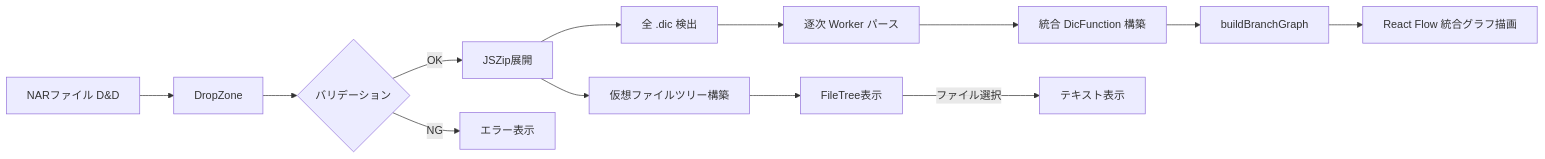
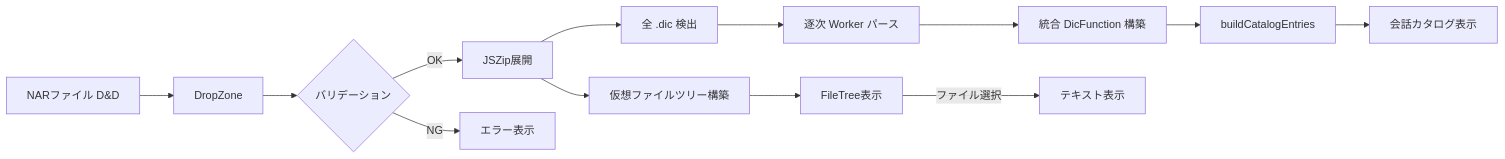
One commit to ivgtr/ghost-viewer changed the diagram in .docs/ARCHITECTURE.md. Above: the diagram before and after it, drawn with Mermaid. The commit also changed other lines of this file and 1 other file, not shown here.

First line of the commit message:
docs: update architecture and roadmap for catalog replacement

````diff
--- a/.docs/ARCHITECTURE.md
+++ b/.docs/ARCHITECTURE.md
@@ -107,15 +105,15 @@
 ```mermaid
 flowchart LR
     A[NARファイル D&D] --> B[DropZone]
     B --> C{バリデーション}
     C -->|OK| D[JSZip展開]
     C -->|NG| E[エラー表示]
     D --> F[仮想ファイルツリー構築]
     F --> G[FileTree表示]
     D --> H[全 .dic 検出]
     H --> I[逐次 Worker パース]
     I --> J[統合 DicFunction 構築]
-    J --> K[buildBranchGraph]
-    K --> L[React Flow 統合グラフ描画]
+    J --> K[buildCatalogEntries]
+    K --> L[会話カタログ表示]
     G -->|ファイル選択| M[テキスト表示]
 ```
````
